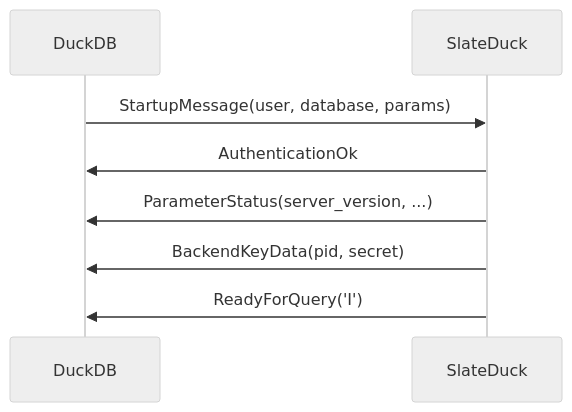
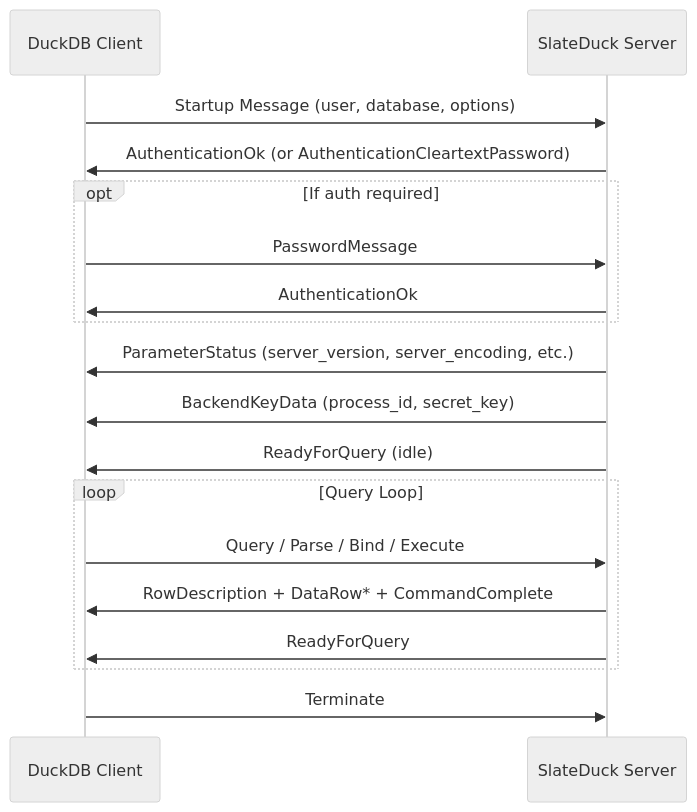
Before and after one commit to trickle-labs/rocklake: the diagram in docs/architecture/pg-wire-protocol.md, drawn with Mermaid (neutral theme). The commit also changed other lines of this file and 91 other files, not shown here.

````diff
--- a/docs/architecture/pg-wire-protocol.md
+++ b/docs/architecture/pg-wire-protocol.md
@@ -7,10 +7,20 @@
 ```mermaid
 sequenceDiagram
-    participant C as DuckDB
-    participant S as SlateDuck
-    C->>S: StartupMessage(user, database, params)
-    S->>C: AuthenticationOk
-    S->>C: ParameterStatus(server_version, ...)
-    S->>C: BackendKeyData(pid, secret)
-    S->>C: ReadyForQuery('I')
+    participant C as DuckDB Client
+    participant S as SlateDuck Server
+    C->>S: Startup Message (user, database, options)
+    S->>C: AuthenticationOk (or AuthenticationCleartextPassword)
+    opt If auth required
+        C->>S: PasswordMessage
+        S->>C: AuthenticationOk
+    end
+    S->>C: ParameterStatus (server_version, server_encoding, etc.)
+    S->>C: BackendKeyData (process_id, secret_key)
+    S->>C: ReadyForQuery (idle)
+    loop Query Loop
+        C->>S: Query / Parse / Bind / Execute
+        S->>C: RowDescription + DataRow* + CommandComplete
+        S->>C: ReadyForQuery
+    end
+    C->>S: Terminate
 ```
````
